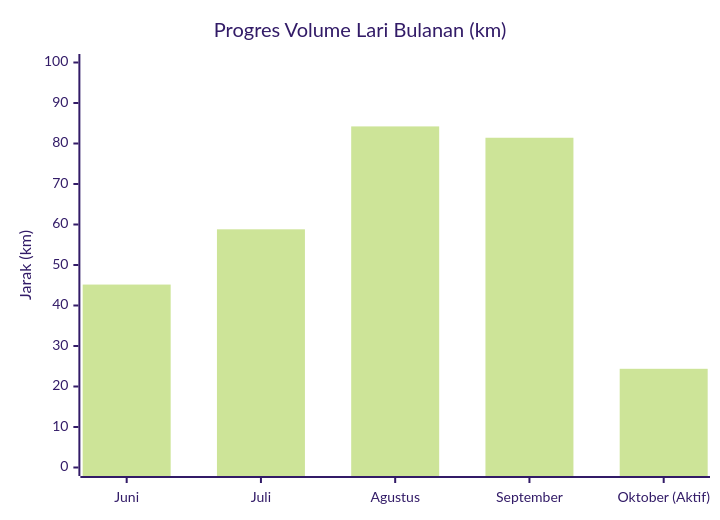
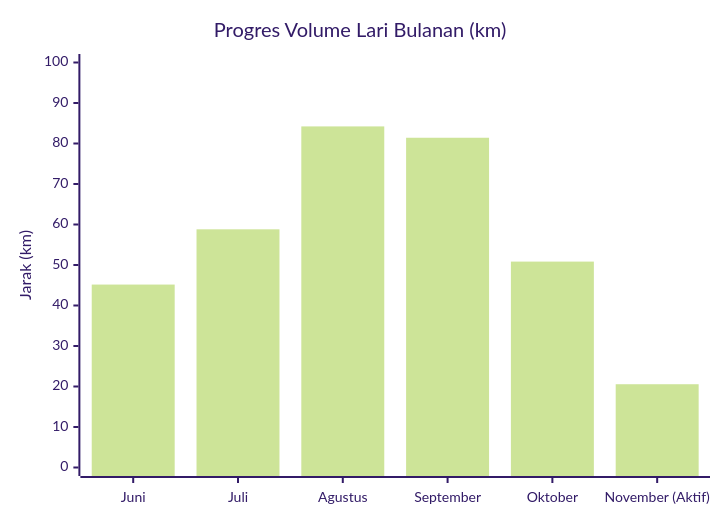
One commit to abiyyu19/personal-running-report changed the diagram in output/analisis_mendalam_historis.md. Above: the diagram before and after it, drawn with Mermaid (forest theme). The commit also changed other lines of this file and 12 other files, not shown here.

````diff
--- a/output/analisis_mendalam_historis.md
+++ b/output/analisis_mendalam_historis.md
@@ -39,7 +40,7 @@
 ```mermaid
 xychart-beta
     title "Progres Volume Lari Bulanan (km)"
-    x-axis ["Juni", "Juli", "Agustus", "September", "Oktober (Aktif)"]
+    x-axis ["Juni", "Juli", "Agustus", "September", "Oktober", "November (Aktif)"]
     y-axis "Jarak (km)" 0 --> 100
-    bar [45.17, 58.81, 84.22, 81.42, 24.37]
+    bar [45.17, 58.81, 84.22, 81.42, 50.84, 20.56]
 ```
````
